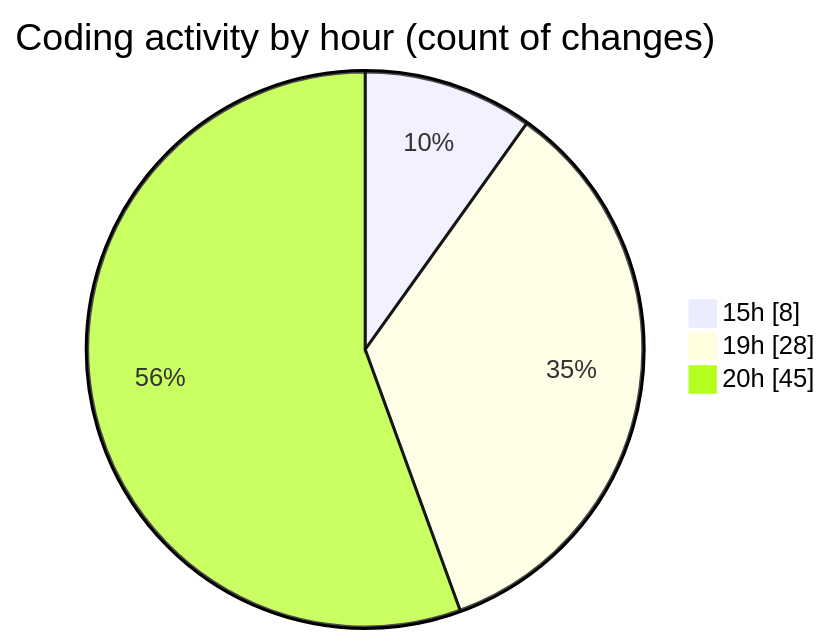
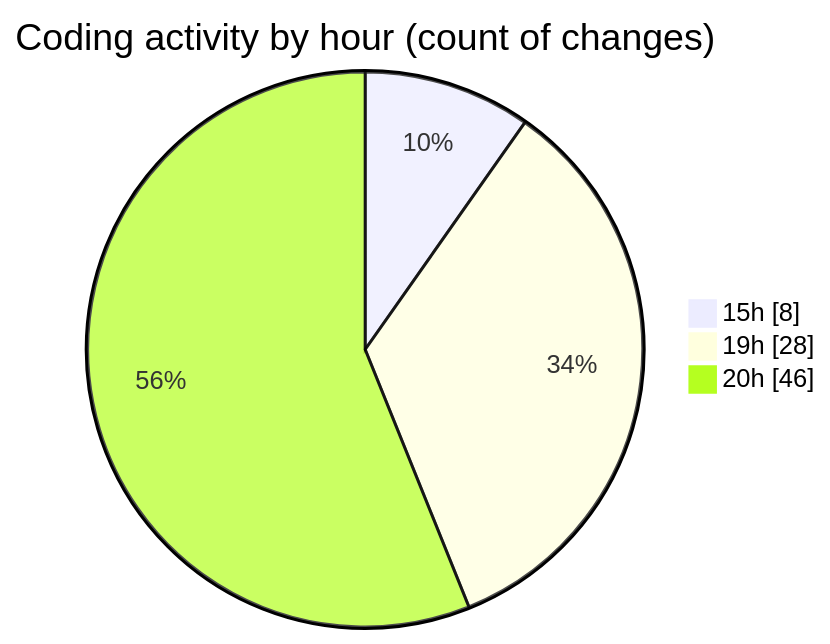
One commit to Ritupan-Deka/code-tracking changed the second of 2 diagrams in 2025-01-26/search/README.md. Above: the diagram before and after it, drawn with Mermaid. The commit also changed other lines of this file and 1 other file, not shown here.

````diff
--- a/2025-01-26/search/README.md
+++ b/2025-01-26/search/README.md
@@ -31,7 +31,7 @@
 ```mermaid
 pie showData
 title Coding activity by hour (count of changes)
 "15h" : 8
 "19h" : 28
-"20h" : 45
+"20h" : 46
 ```
````
